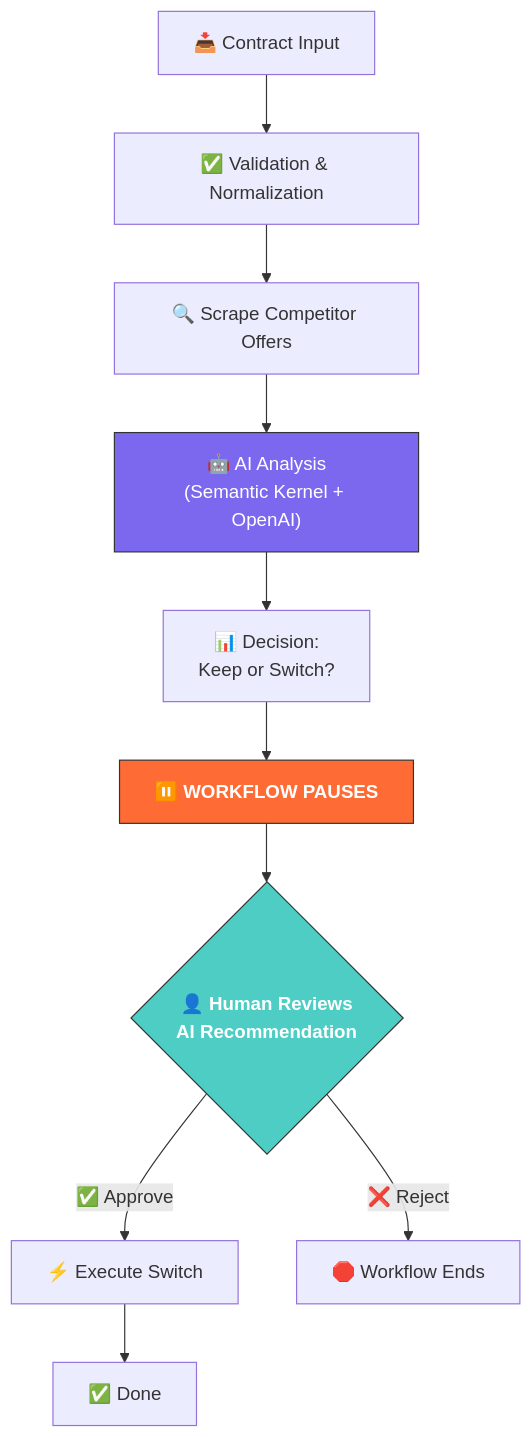
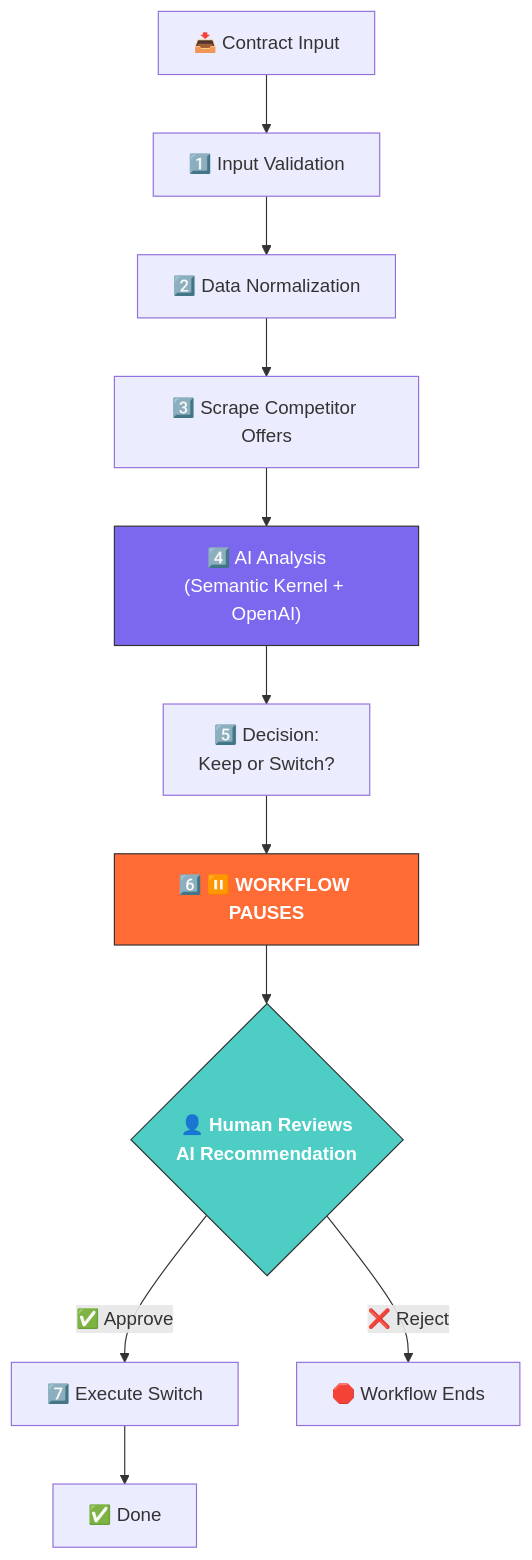
Before and after one commit to mahdiesadeghi/ai_workflow_automation: the diagram in linkedin-post-diagram.md, drawn with Mermaid.

Commit message:
Fix diagram to match actual 7-step workflow from code
Separated Input Validation and Data Normalization into distinct steps,
added step numbers, matching WorkflowOrchestrator.cs implementation.

https://claude.ai/code/session_01VT9vH3oLxJF4igoVfkURyG

````diff
--- a/linkedin-post-diagram.md
+++ b/linkedin-post-diagram.md
@@ -4,20 +4,21 @@
 ```mermaid
 flowchart TD
-    A["📥 Contract Input"] --> B["✅ Validation & Normalization"]
-    B --> C["🔍 Scrape Competitor Offers"]
-    C --> D["🤖 AI Analysis\n(Semantic Kernel + OpenAI)"]
-    D --> E["📊 Decision:\nKeep or Switch?"]
+    A["📥 Contract Input"] --> B["1️⃣ Input Validation"]
+    B --> C["2️⃣ Data Normalization"]
+    C --> D["3️⃣ Scrape Competitor Offers"]
+    D --> E["4️⃣ AI Analysis\n(Semantic Kernel + OpenAI)"]
+    E --> F["5️⃣ Decision:\nKeep or Switch?"]
     
-    E --> F["⏸️ WORKFLOW PAUSES"]
+    F --> G["6️⃣ ⏸️ WORKFLOW PAUSES"]
     
-    F --> G{"👤 Human Reviews\nAI Recommendation"}
+    G --> H{"👤 Human Reviews\nAI Recommendation"}
     
-    G -->|"✅ Approve"| H["⚡ Execute Switch"]
-    G -->|"❌ Reject"| I["🛑 Workflow Ends"]
+    H -->|"✅ Approve"| I["7️⃣ Execute Switch"]
+    H -->|"❌ Reject"| J["🛑 Workflow Ends"]
     
-    H --> J["✅ Done"]
+    I --> K["✅ Done"]
 
-    style F fill:#FF6B35,stroke:#333,color:#fff,font-weight:bold
-    style G fill:#4ECDC4,stroke:#333,color:#fff,font-weight:bold
-    style D fill:#7B68EE,stroke:#333,color:#fff
+    style G fill:#FF6B35,stroke:#333,color:#fff,font-weight:bold
+    style H fill:#4ECDC4,stroke:#333,color:#fff,font-weight:bold
+    style E fill:#7B68EE,stroke:#333,color:#fff
 ```
````
